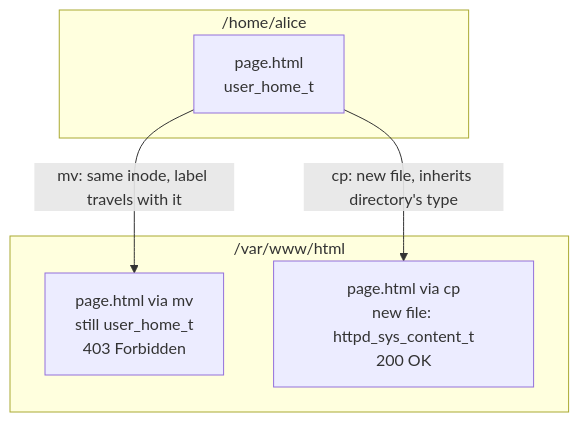
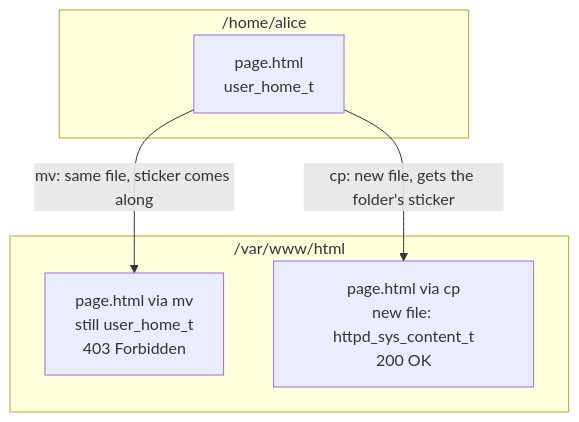
Before and after one commit to ssimpson89/LinuxTrainingCourse: the fifth of 5 diagrams in content/16-selinux.md, drawn with Mermaid. The commit also changed other lines of this file, not shown here.

````diff
--- a/content/16-selinux.md
+++ b/content/16-selinux.md
@@ -311,12 +467,12 @@
 ```mermaid
 flowchart TB
     subgraph home["/home/alice"]
         F1["page.html<br/>user_home_t"]
     end
     subgraph web["/var/www/html"]
         M["page.html via mv<br/>still user_home_t<br/>403 Forbidden"]
         C["page.html via cp<br/>new file: httpd_sys_content_t<br/>200 OK"]
     end
-    F1 -- "mv: same inode, label travels with it" --> M
-    F1 -- "cp: new file, inherits directory's type" --> C
+    F1 -- "mv: same file, sticker comes along" --> M
+    F1 -- "cp: new file, gets the folder's sticker" --> C
 ```
````
